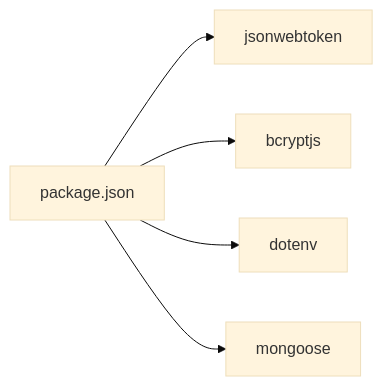
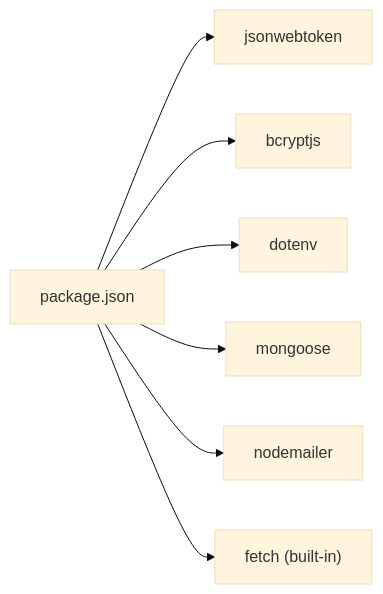
Before and after one commit to Pavan-PSPK9032/TrendsandToss: the fourth of 4 diagrams in .qoder/repowiki/en/content/Backend API Documentation/Authentication API.md, drawn with Mermaid (base theme). The commit also changed other lines of this file and 16 other files, not shown here.

````diff
--- a/.qoder/repowiki/en/content/Backend API Documentation/Authentication API.md
+++ b/.qoder/repowiki/en/content/Backend API Documentation/Authentication API.md
@@ -299,12 +403,16 @@
 ```mermaid
 graph LR
 P["package.json"]
 J["jsonwebtoken"]
 B["bcryptjs"]
 D["dotenv"]
 M["mongoose"]
+N["nodemailer"]
+F["fetch (built-in)"]
 P --> J
 P --> B
 P --> D
 P --> M
+P --> N
+P --> F
 ```
````
